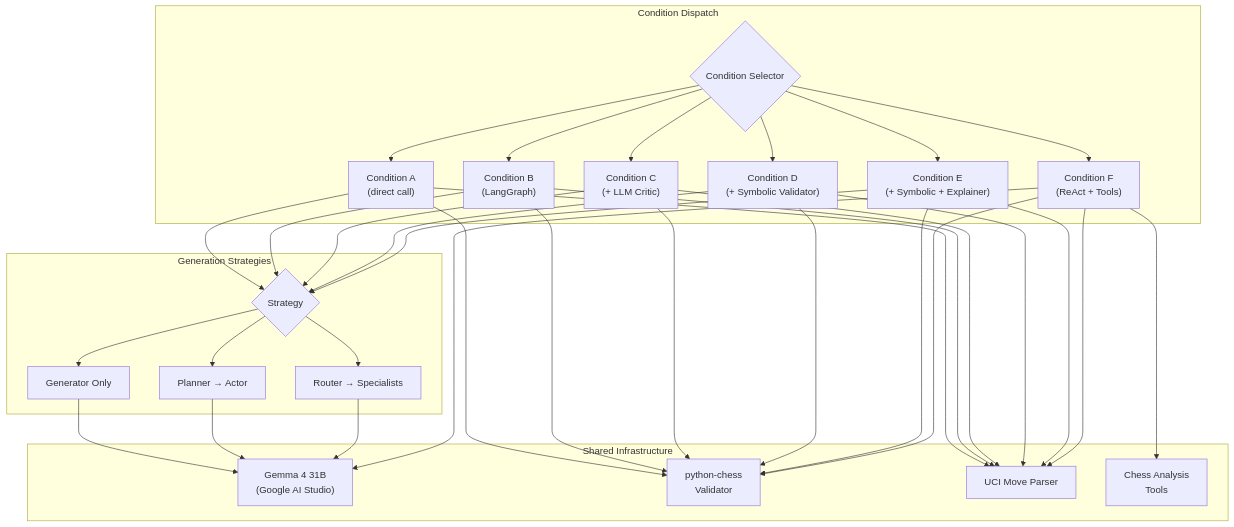
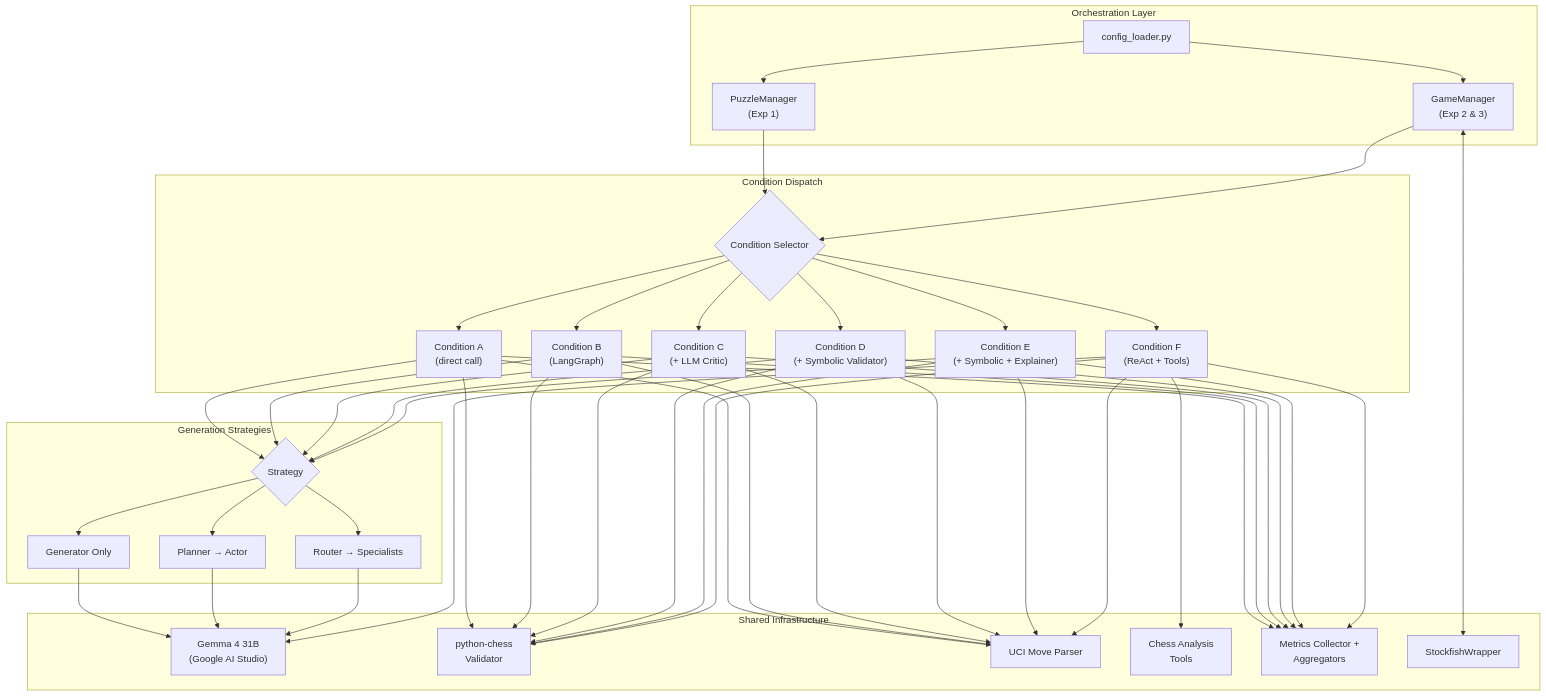
The first of 2 diagrams in docs/architecture/system-overview.md (Abdel-RahmanIII/Maat), drawn with Mermaid before and after one commit. The commit also changed other lines of this file and 67 other files, not shown here.

First line of the commit message:
Add engine orchestration, metrics, configs, and docs

````diff
--- a/docs/architecture/system-overview.md
+++ b/docs/architecture/system-overview.md
@@ -19,35 +21,47 @@
 ```mermaid
 flowchart TB
+  subgraph "Orchestration Layer"
+    PM["PuzzleManager\n(Exp 1)"]
+    GM["GameManager\n(Exp 2 & 3)"]
+    CONF["config_loader.py"]
+  end
+
   subgraph "Condition Dispatch"
     CD{Condition Selector}
     CA["Condition A\n(direct call)"]
     CB["Condition B\n(LangGraph)"]
     CC["Condition C\n(+ LLM Critic)"]
     CD2["Condition D\n(+ Symbolic Validator)"]
     CE["Condition E\n(+ Symbolic + Explainer)"]
     CF["Condition F\n(ReAct + Tools)"]
   end
 
   subgraph "Generation Strategies"
     GS{Strategy}
     GO["Generator Only"]
     PA["Planner → Actor"]
     RS["Router → Specialists"]
   end
 
   subgraph "Shared Infrastructure"
     LLM["Gemma 4 31B\n(Google AI Studio)"]
     VAL["python-chess\nValidator"]
     PARSE["UCI Move Parser"]
     TOOLS["Chess Analysis\nTools"]
+    METRICS["Metrics Collector +\nAggregators"]
+    STOCKFISH["StockfishWrapper"]
   end
 
+  CONF --> PM & GM
+  PM & GM --> CD
+  GM <--> STOCKFISH
   CD --> CA & CB & CC & CD2 & CE & CF
   CA & CB & CC & CD2 & CE --> GS
   GS --> GO & PA & RS
   GO & PA & RS --> LLM
   CF --> LLM
   CF --> TOOLS
   CA & CB & CC & CD2 & CE & CF --> VAL
   CA & CB & CC & CD2 & CE & CF --> PARSE
+  CA & CB & CC & CD2 & CE & CF --> METRICS
 ```
````
